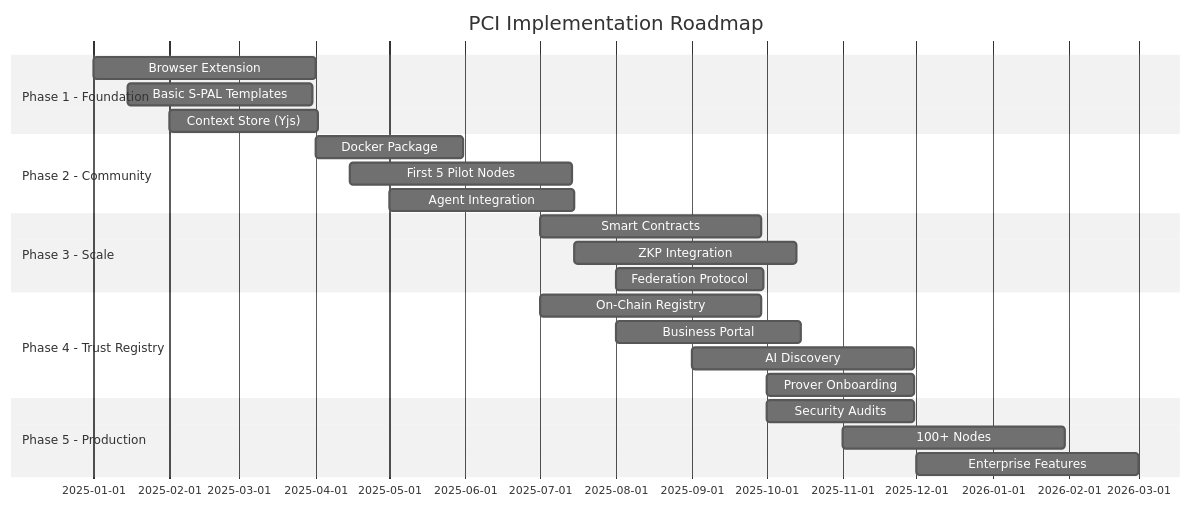
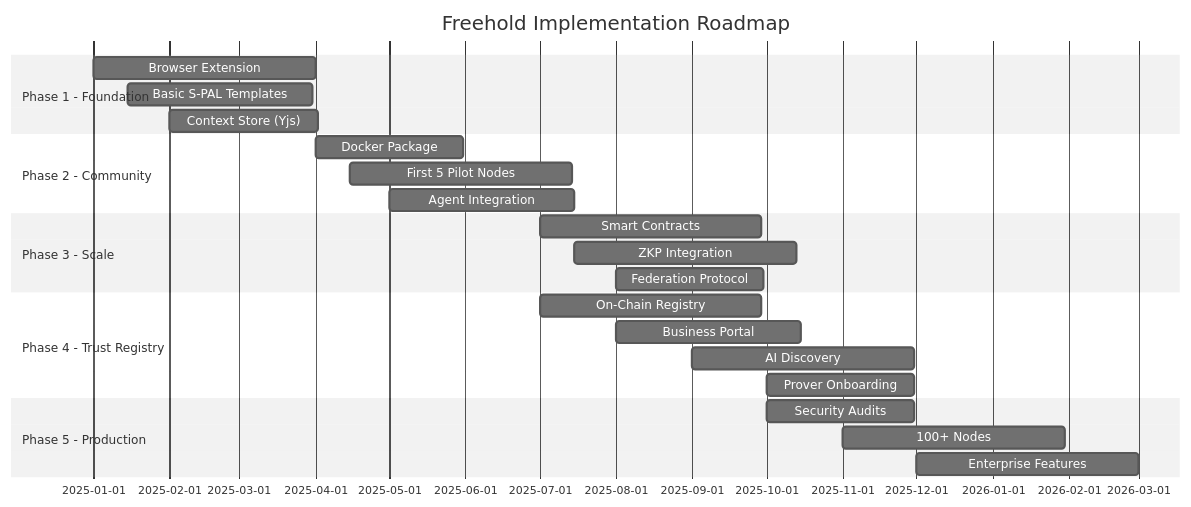
One commit to freehold-earth/freehold changed the eighth of 8 diagrams in docs/architecture/diagrams.md. Above: the diagram before and after it, drawn with Mermaid (neutral theme). The commit also changed other lines of this file and 22 other files, not shown here.

First line of the commit message:
Rename the project from PCI to Freehold in documents and READMEs

````diff
--- a/docs/architecture/diagrams.md
+++ b/docs/architecture/diagrams.md
@@ -260,30 +260,30 @@
 ```mermaid
 gantt
-    title PCI Implementation Roadmap
+    title Freehold Implementation Roadmap
     dateFormat  YYYY-MM-DD
     section Phase 1 - Foundation
     Browser Extension        :2025-01-01, 90d
     Basic S-PAL Templates   :2025-01-15, 75d
     Context Store (Yjs)     :2025-02-01, 60d
 
     section Phase 2 - Community
     Docker Package          :2025-04-01, 60d
     First 5 Pilot Nodes    :2025-04-15, 90d
     Agent Integration      :2025-05-01, 75d
 
     section Phase 3 - Scale
     Smart Contracts        :2025-07-01, 90d
     ZKP Integration        :2025-07-15, 90d
     Federation Protocol    :2025-08-01, 60d
 
     section Phase 4 - Trust Registry
     On-Chain Registry      :2025-07-01, 90d
     Business Portal        :2025-08-01, 75d
     AI Discovery           :2025-09-01, 90d
     Prover Onboarding      :2025-10-01, 60d
 
     section Phase 5 - Production
     Security Audits        :2025-10-01, 60d
     100+ Nodes            :2025-11-01, 90d
     Enterprise Features    :2025-12-01, 90d
 ```
````
